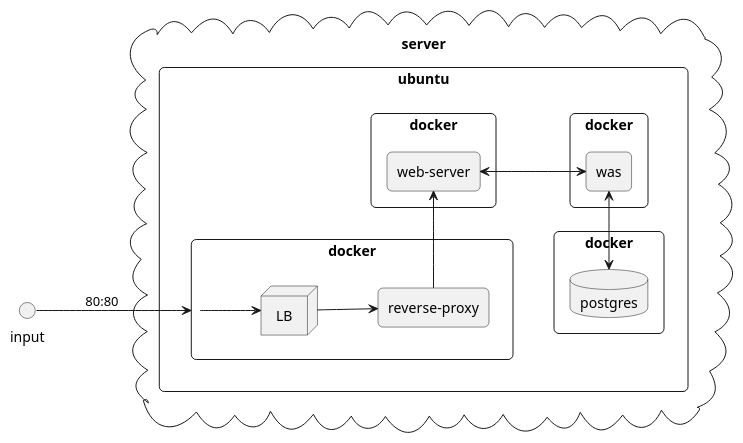
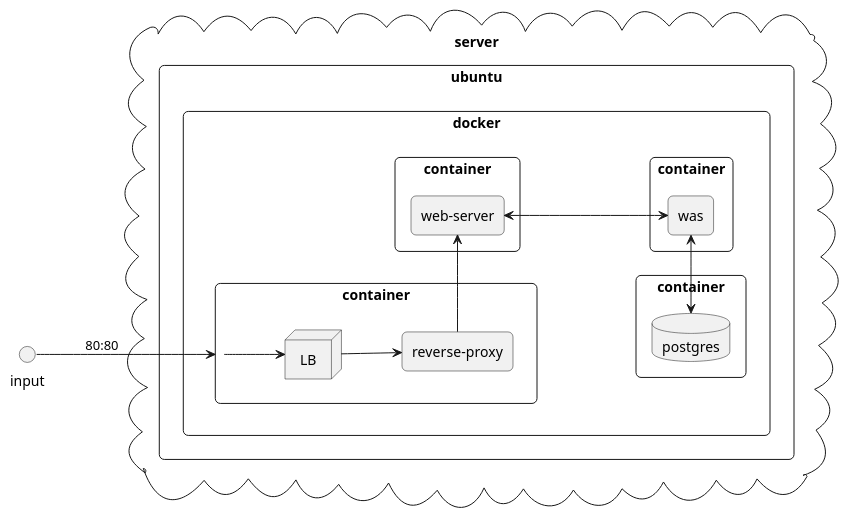
The diagram in docs/system.puml (hiseongmi/CampBears-front), drawn with PlantUML before and after one commit. The commit also changed 1 other file, not shown here.

```diff
--- a/docs/system.puml
+++ b/docs/system.puml
@@ -1,58 +1,39 @@
 @startuml
 left to right direction
 skinparam roundCorner 10
 
 circle input{}
 
 cloud server as server{
     rectangle ubuntu as ubuntu {
-
-
-
-
-         rectangle docker as was {
-        rectangle was as wasApp {
-
-        }
-         }
-          rectangle docker as web {
-        rectangle web-server as webApp{
-
-        }
-          }
-
-          rectangle docker as db{
-                  database postgres as dbApp{
-                      }
-              }
-
-
-
-
-        rectangle docker as nginx {
-
+        rectangle docker as docker {
+            rectangle container as was {
+                rectangle was as wasApp {
+                }
+            }
+            rectangle container as web {
+                rectangle web-server as webApp{
+                }
+            }
+            rectangle container as db{
+                database postgres as dbApp{
+                }
+            }
+            rectangle container as nginx {
                 node LB as LB {
-
                 }
                 rectangle reverse-proxy as reverseProxy {
-
                 }
-                }
-
+            }
+        }
     }
     input ==> nginx : "80:80"
     nginx ==> LB
     LB ==> reverseProxy
     reverseProxy =up> webApp
     webApp <==> wasApp
-
     dbApp <=down> wasApp
-
-
-
-
-
 }
 
 
 @enduml
```
